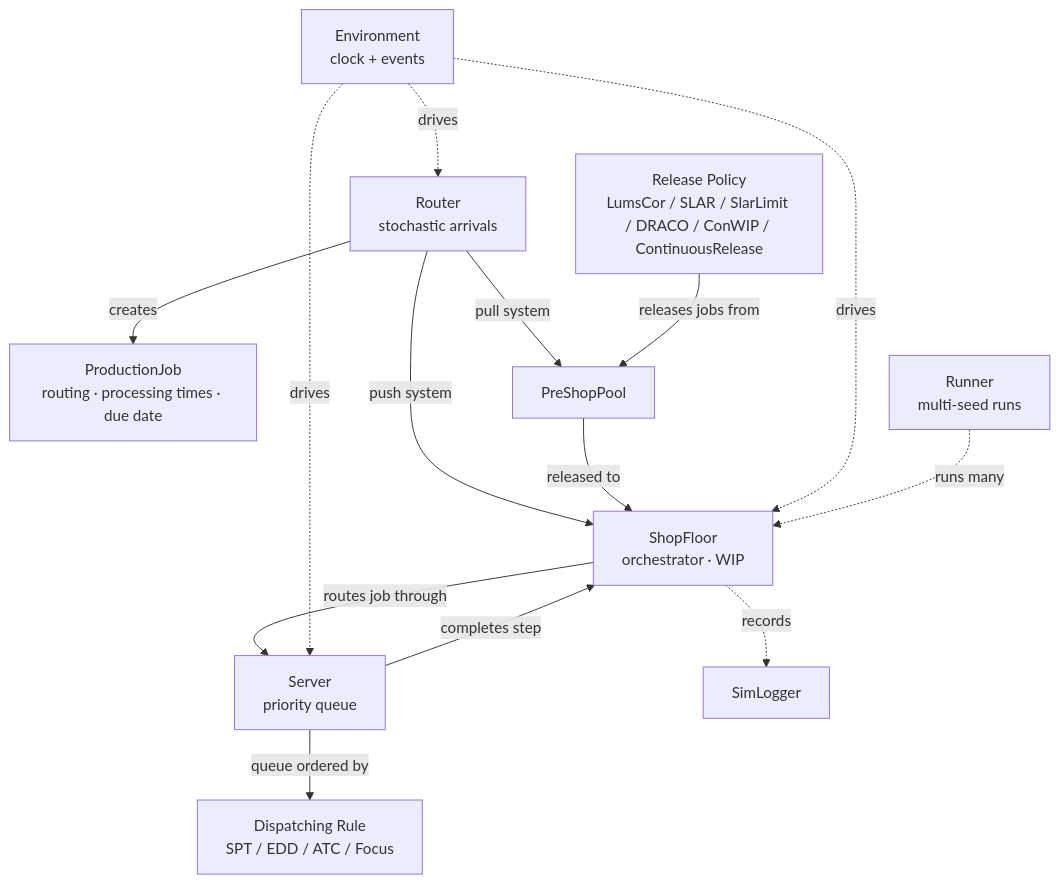
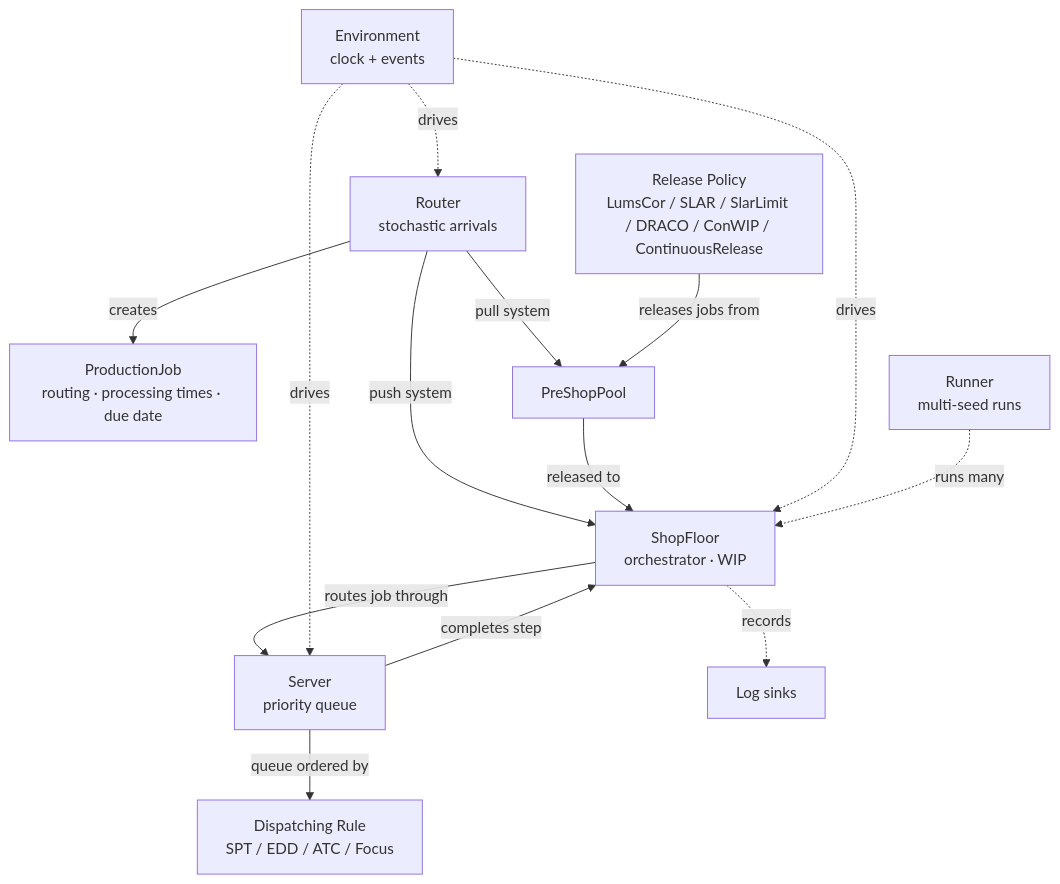
The first of 2 diagrams in docs/introduction/architecture.md (dmezzogori/simulatte), drawn with Mermaid before and after one commit. The commit also changed other lines of this file and 24 other files, not shown here.

````diff
--- a/docs/introduction/architecture.md
+++ b/docs/introduction/architecture.md
@@ -9,27 +9,27 @@
 ```mermaid
 graph TD
     Env["Environment<br/>clock + events"]
     Router["Router<br/>stochastic arrivals"]
     Job["ProductionJob<br/>routing · processing times · due date"]
     PSP["PreShopPool"]
     RP["Release Policy<br/>LumsCor / SLAR / SlarLimit / DRACO / ConWIP / ContinuousRelease"]
     SF["ShopFloor<br/>orchestrator · WIP"]
     S["Server<br/>priority queue"]
     DR["Dispatching Rule<br/>SPT / EDD / ATC / Focus"]
     Runner["Runner<br/>multi-seed runs"]
-    Log["SimLogger"]
+    Log["Log sinks"]
 
     Router -->|creates| Job
     Router -->|pull system| PSP
     Router -->|push system| SF
     RP -->|releases jobs from| PSP
     PSP -->|released to| SF
     SF -->|routes job through| S
     S -->|queue ordered by| DR
     S -->|completes step| SF
     Env -.drives.-> Router
     Env -.drives.-> SF
     Env -.drives.-> S
     SF -.records.-> Log
     Runner -.runs many.-> SF
 ```
````
